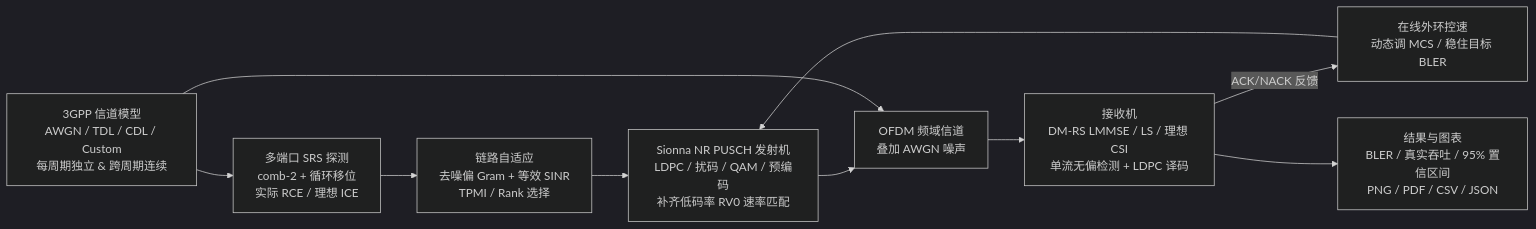
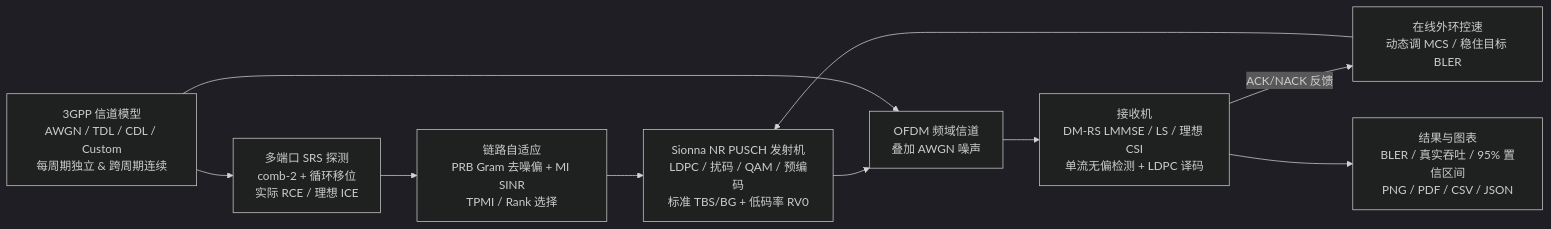
One commit to zhangzij15/nr-pusch-baseline changed the diagram in README.md. Above: the diagram before and after it, drawn with Mermaid (dark theme). The commit also changed other lines of this file and 18 other files, not shown here.

````diff
--- a/README.md
+++ b/README.md
@@ -105,12 +108,12 @@
 ```mermaid
 flowchart LR
   CIR["3GPP 信道模型<br/>AWGN / TDL / CDL / Custom<br/>每周期独立 & 跨周期连续"] --> SRS["多端口 SRS 探测<br/>comb-2 + 循环移位<br/>实际 RCE / 理想 ICE"]
-  SRS --> LA["链路自适应<br/>去噪偏 Gram + 等效 SINR<br/>TPMI / Rank 选择"]
-  LA --> TX["Sionna NR PUSCH 发射机<br/>LDPC / 扰码 / QAM / 预编码<br/>补齐低码率 RV0 速率匹配"]
+  SRS --> LA["链路自适应<br/>PRB Gram 去噪偏 + MI SINR<br/>TPMI / Rank 选择"]
+  LA --> TX["Sionna NR PUSCH 发射机<br/>LDPC / 扰码 / QAM / 预编码<br/>标准 TBS/BG + 低码率 RV0"]
   TX --> CH["OFDM 频域信道<br/>叠加 AWGN 噪声"]
   CIR --> CH
   CH --> RX["接收机<br/>DM-RS LMMSE / LS / 理想 CSI<br/>单流无偏检测 + LDPC 译码"]
   RX -->|"ACK/NACK 反馈"| MCS["在线外环控速<br/>动态调 MCS / 稳住目标 BLER"]
   MCS --> TX
   RX --> OUT["结果与图表<br/>BLER / 真实吞吐 / 95% 置信区间<br/>PNG / PDF / CSV / JSON"]
 ```
````
